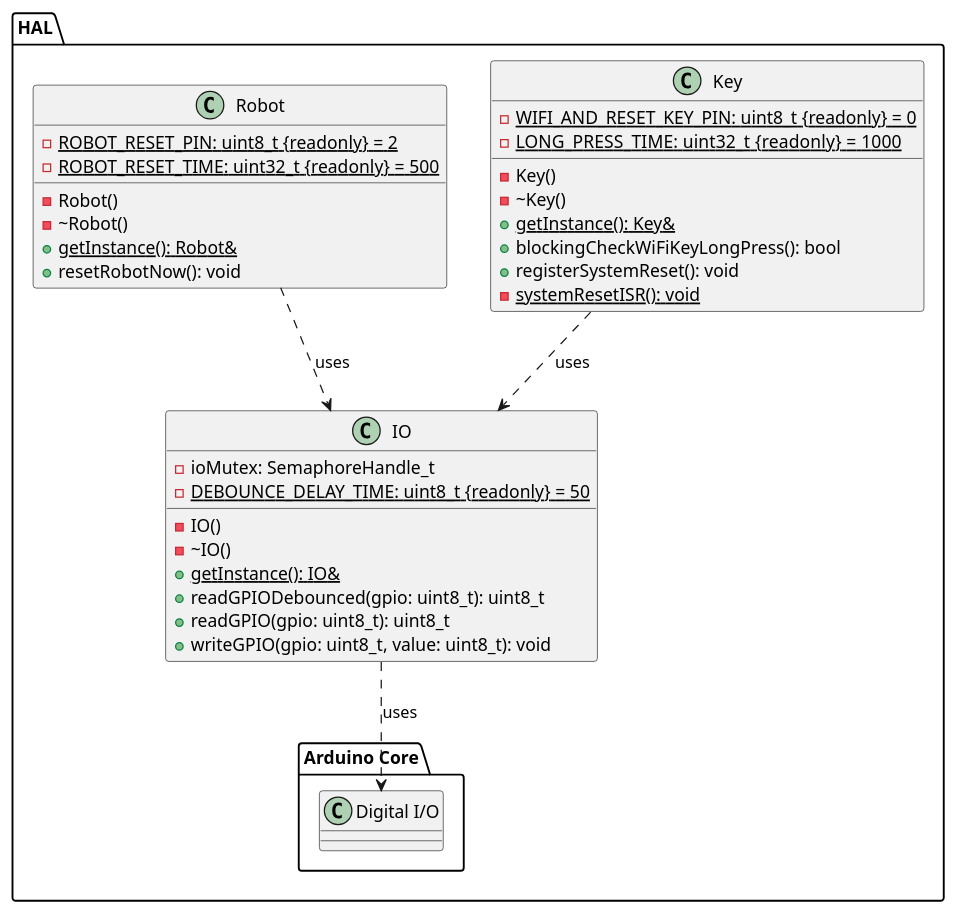
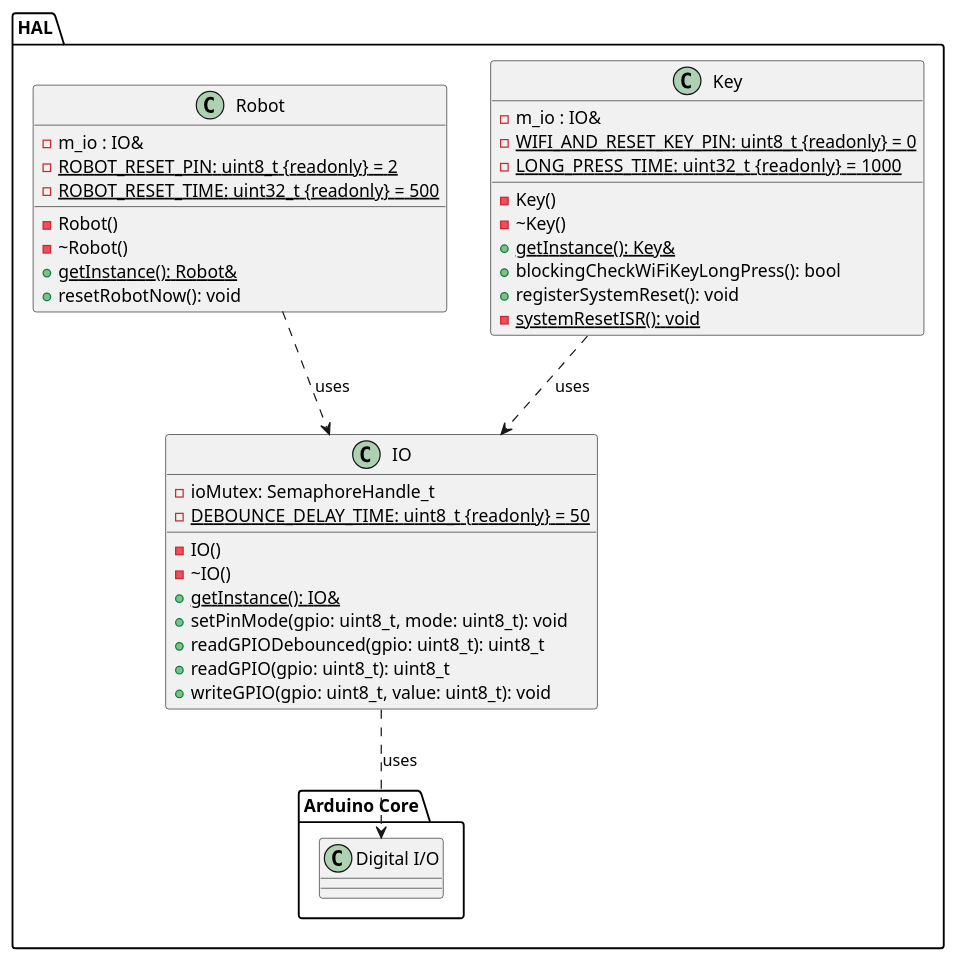
The diagram in doc/design/server/ClassDiagrams/01_HAL.plantuml (NewTec-GmbH/ZumoComSystem), drawn with PlantUML before and after one commit. The commit also changed 9 other files, not shown here.

```diff
--- a/doc/design/server/ClassDiagrams/01_HAL.plantuml
+++ b/doc/design/server/ClassDiagrams/01_HAL.plantuml
@@ -1,46 +1,49 @@
 @startuml
 package HAL
 {
     package "Arduino Core"
     {
         class "Digital I/O" as ArduinoIO
     }
 
     class IO
     {
         - ioMutex: SemaphoreHandle_t
         {static} - DEBOUNCE_DELAY_TIME: uint8_t {readonly} = 50
         - IO()
         - ~IO()
         + {static} getInstance(): IO&
+        + setPinMode(gpio: uint8_t, mode: uint8_t): void
         + readGPIODebounced(gpio: uint8_t): uint8_t
         + readGPIO(gpio: uint8_t): uint8_t
         + writeGPIO(gpio: uint8_t, value: uint8_t): void
     }
     IO  ..> ArduinoIO : uses
 
     class Key
     {
+        - m_io : IO&
         {static} - WIFI_AND_RESET_KEY_PIN: uint8_t {readonly} = 0
         {static} - LONG_PRESS_TIME: uint32_t {readonly}  = 1000
         - Key()
         - ~Key()
         {static} + getInstance(): Key&
         + blockingCheckWiFiKeyLongPress(): bool
         + registerSystemReset(): void
         - {static} systemResetISR(): void
     }
     Key ..> IO : uses
 
     class Robot
     {
+        - m_io : IO&
         {static} - ROBOT_RESET_PIN: uint8_t {readonly} = 2
         {static} - ROBOT_RESET_TIME: uint32_t {readonly} = 500
         - Robot()
         - ~Robot()
         {static} + getInstance(): Robot&
         + resetRobotNow(): void
     }
     Robot ..> IO : uses
 }
 @enduml
```
